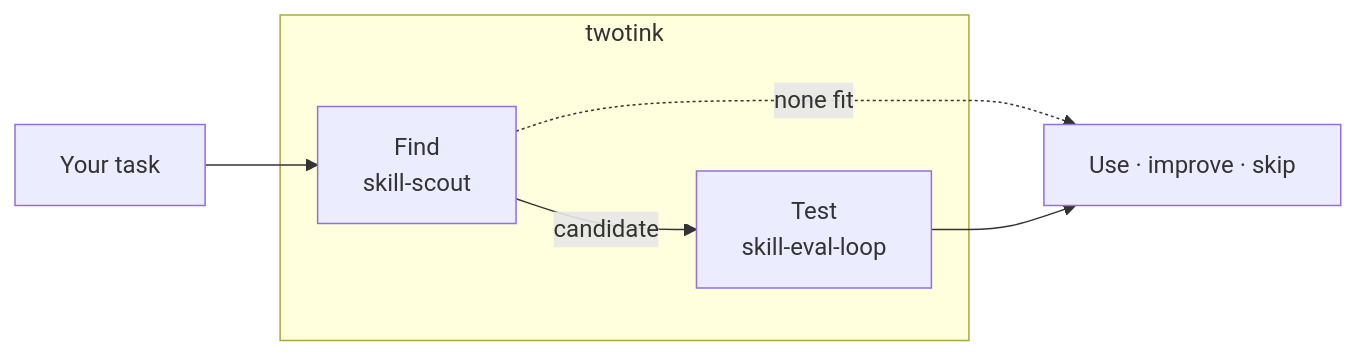
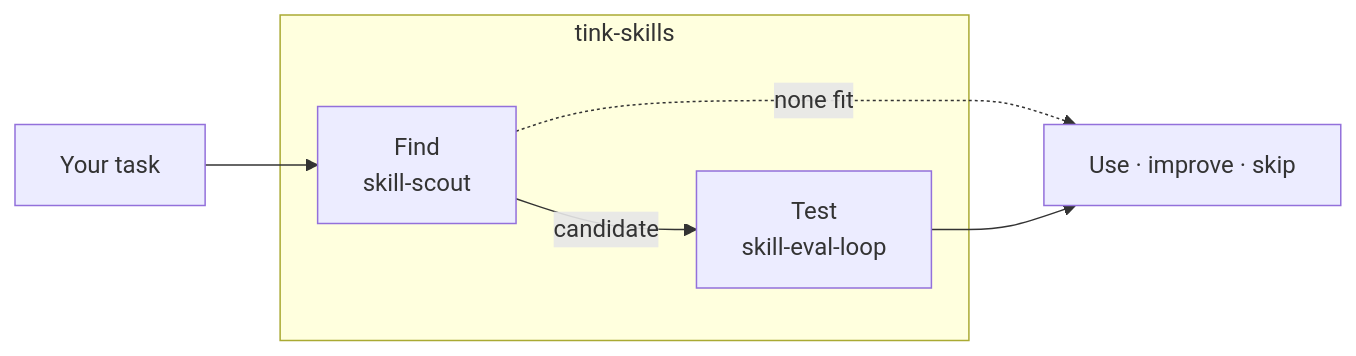
Before and after one commit to bradAGI/tink-skills: the diagram in README.md, drawn with Mermaid. The commit also changed other lines of this file, not shown here.

First line of the commit message:
Rename repository package to tink-skills.

````diff
--- a/README.md
+++ b/README.md
@@ -17,12 +17,12 @@
 ```mermaid
 flowchart LR
     A["Your task"] --> B["Find<br/>skill-scout"]
     B -->|candidate| C["Test<br/>skill-eval-loop"]
     B -.->|none fit| D["Use · improve · skip"]
     C --> D
 
-    subgraph twotink
+    subgraph tink-skills
         B
         C
     end
 ```
````
